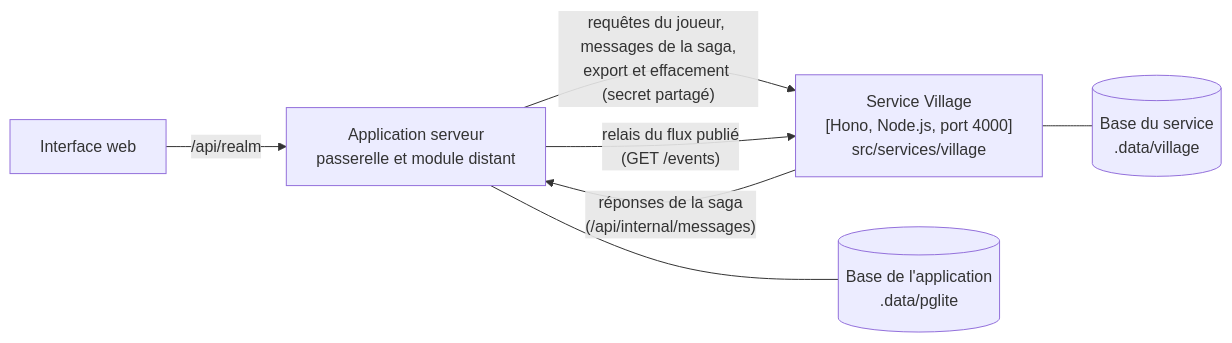
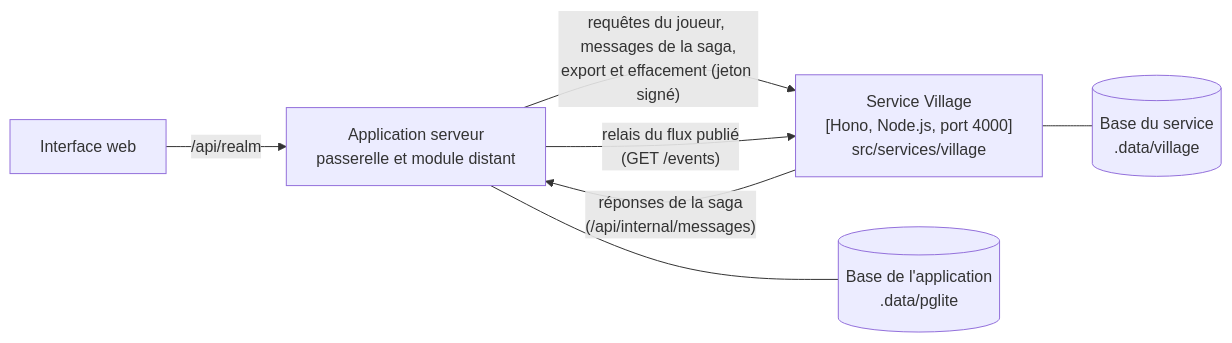
The fifth of 6 diagrams in docs/architecture.md (Swixos/royaumes), drawn with Mermaid before and after one commit. The commit also changed other lines of this file, not shown here.

Commit message:
docs(architecture): describe the fleet module and its raid sequence

````diff
--- a/docs/architecture.md
+++ b/docs/architecture.md
@@ -150,9 +211,9 @@
 ```mermaid
 flowchart LR
   web["Interface web"] -->|"/api/realm"| app["Application serveur<br/>passerelle et module distant"]
-  app -->|"requêtes du joueur, messages de la saga,<br/>export et effacement (secret partagé)"| village["Service Village<br/>[Hono, Node.js, port 4000]<br/>src/services/village"]
+  app -->|"requêtes du joueur, messages de la saga,<br/>export et effacement (jeton signé)"| village["Service Village<br/>[Hono, Node.js, port 4000]<br/>src/services/village"]
   village -->|"réponses de la saga<br/>(/api/internal/messages)"| app
   app -->|"relais du flux publié<br/>(GET /events)"| village
   app --- base[("Base de l'application<br/>.data/pglite")]
   village --- base2[("Base du service<br/>.data/village")]
 ```
````
